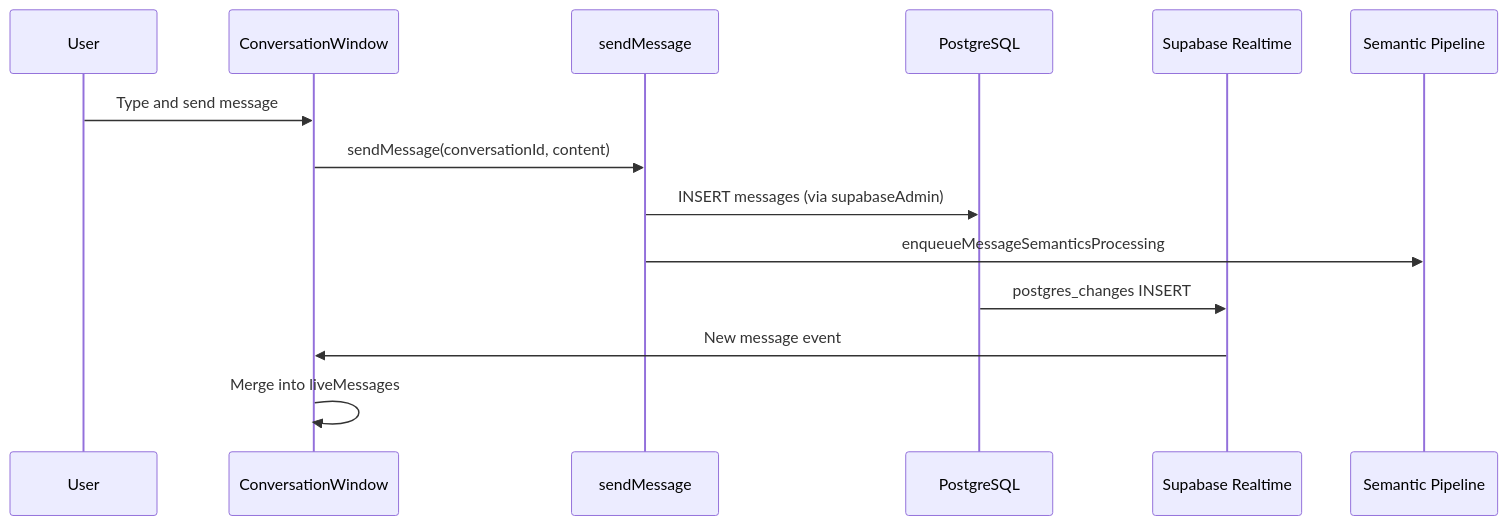
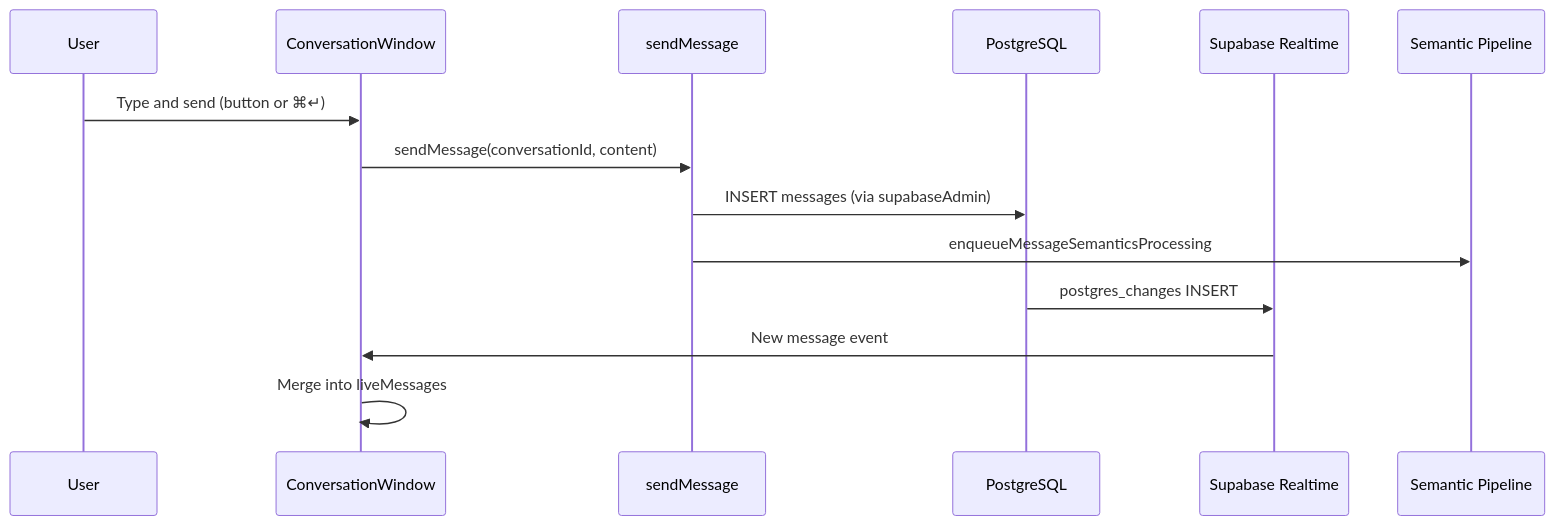
One commit to carlos-tamarind/tamarind-app changed the diagram in docs/interface/conversations.md. Above: the diagram before and after it, drawn with Mermaid. The commit also changed other lines of this file and 12 other files, not shown here.

````diff
--- a/docs/interface/conversations.md
+++ b/docs/interface/conversations.md
@@ -36,17 +60,17 @@
 ```mermaid
 sequenceDiagram
   participant User
   participant CW as ConversationWindow
   participant SF as sendMessage
   participant DB as PostgreSQL
   participant RT as Supabase Realtime
   participant Sem as Semantic Pipeline
 
-  User->>CW: Type and send message
+  User->>CW: Type and send (button or ⌘↵)
   CW->>SF: sendMessage(conversationId, content)
   SF->>DB: INSERT messages (via supabaseAdmin)
   SF->>Sem: enqueueMessageSemanticsProcessing
   DB->>RT: postgres_changes INSERT
   RT->>CW: New message event
   CW->>CW: Merge into liveMessages
 ```
````
